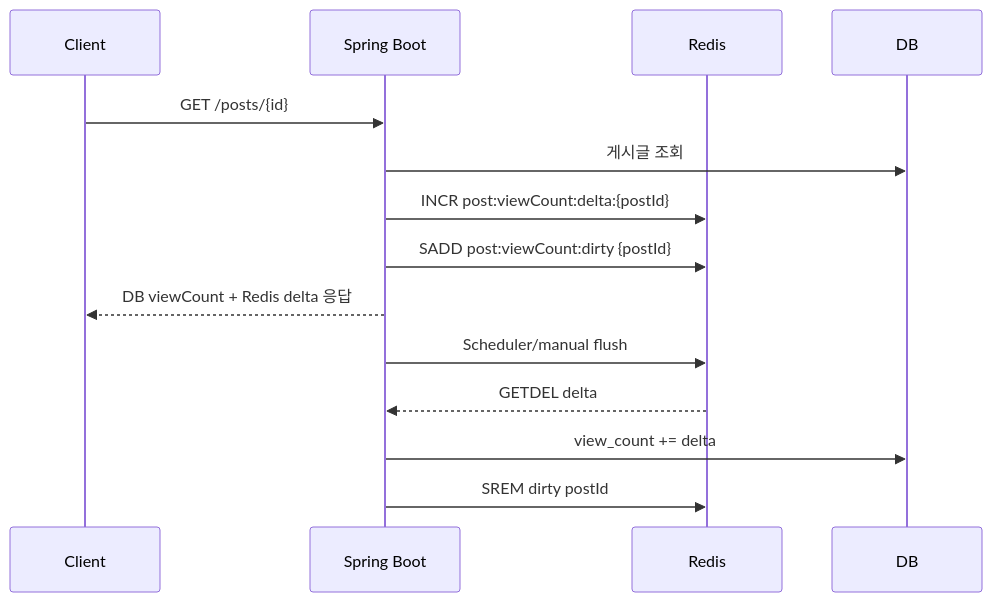
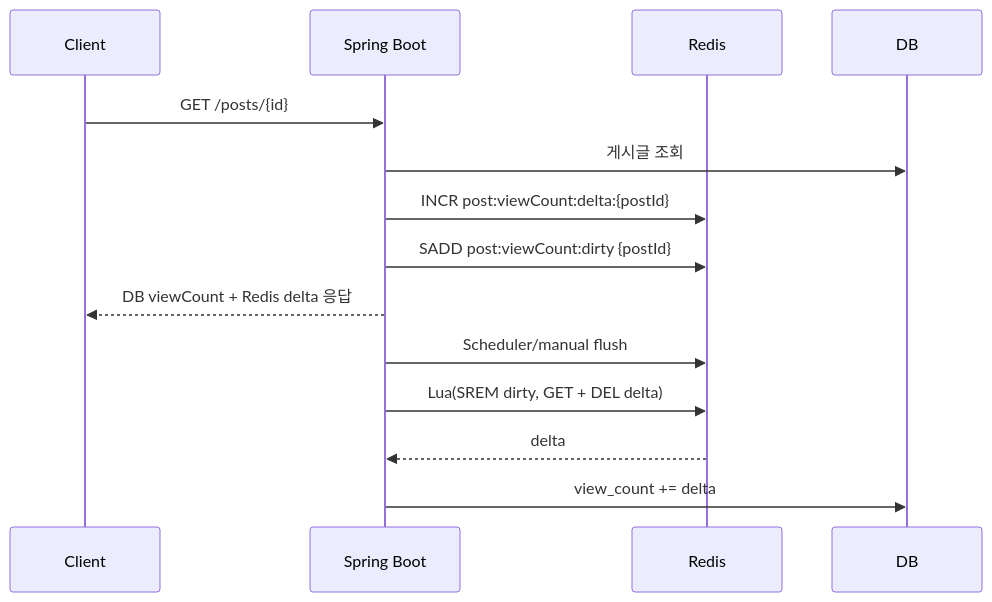
The diagram in README.md (kdy2285/spring-board), drawn with Mermaid before and after one commit. The commit also changed other lines of this file and 7 other files, not shown here.

````diff
--- a/README.md
+++ b/README.md
@@ -137,18 +137,18 @@
 ```mermaid
 sequenceDiagram
     participant Client
     participant App as Spring Boot
     participant Redis
     participant DB
 
     Client->>App: GET /posts/{id}
     App->>DB: 게시글 조회
     App->>Redis: INCR post:viewCount:delta:{postId}
     App->>Redis: SADD post:viewCount:dirty {postId}
     App-->>Client: DB viewCount + Redis delta 응답
 
     App->>Redis: Scheduler/manual flush
-    Redis-->>App: GETDEL delta
+    App->>Redis: Lua(SREM dirty, GET + DEL delta)
+    Redis-->>App: delta
     App->>DB: view_count += delta
-    App->>Redis: SREM dirty postId
 ```
````
